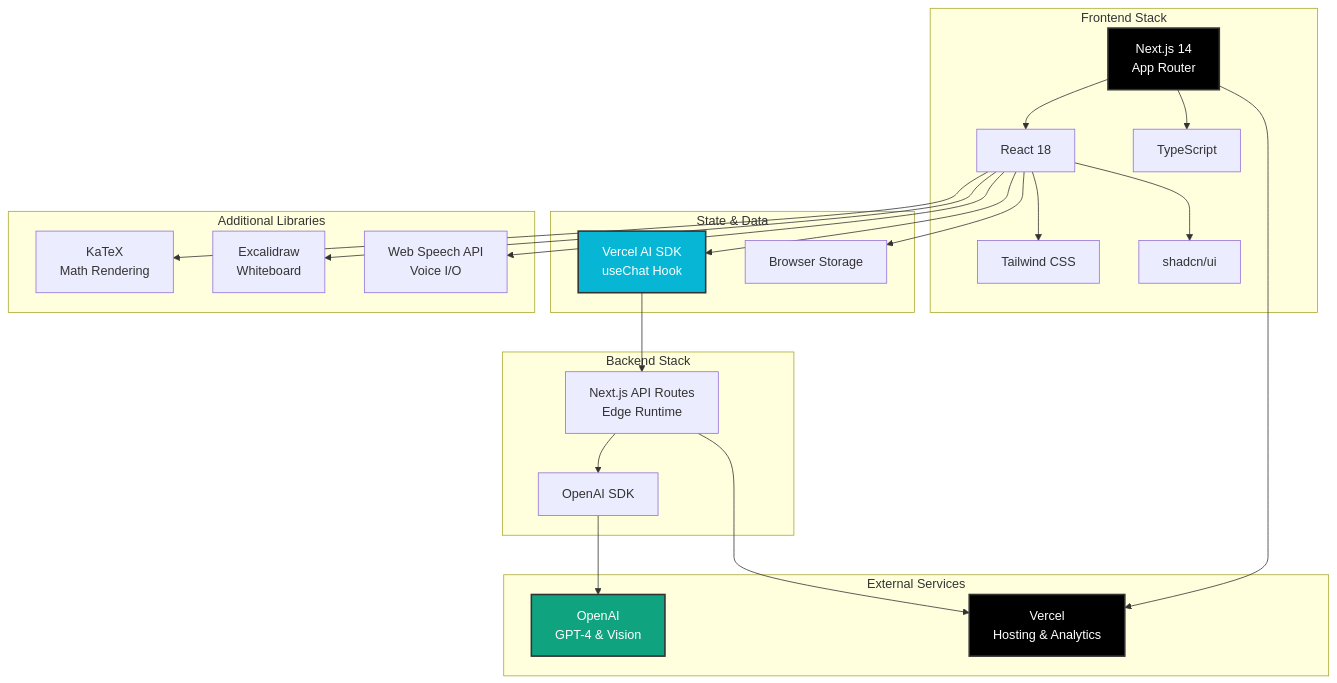
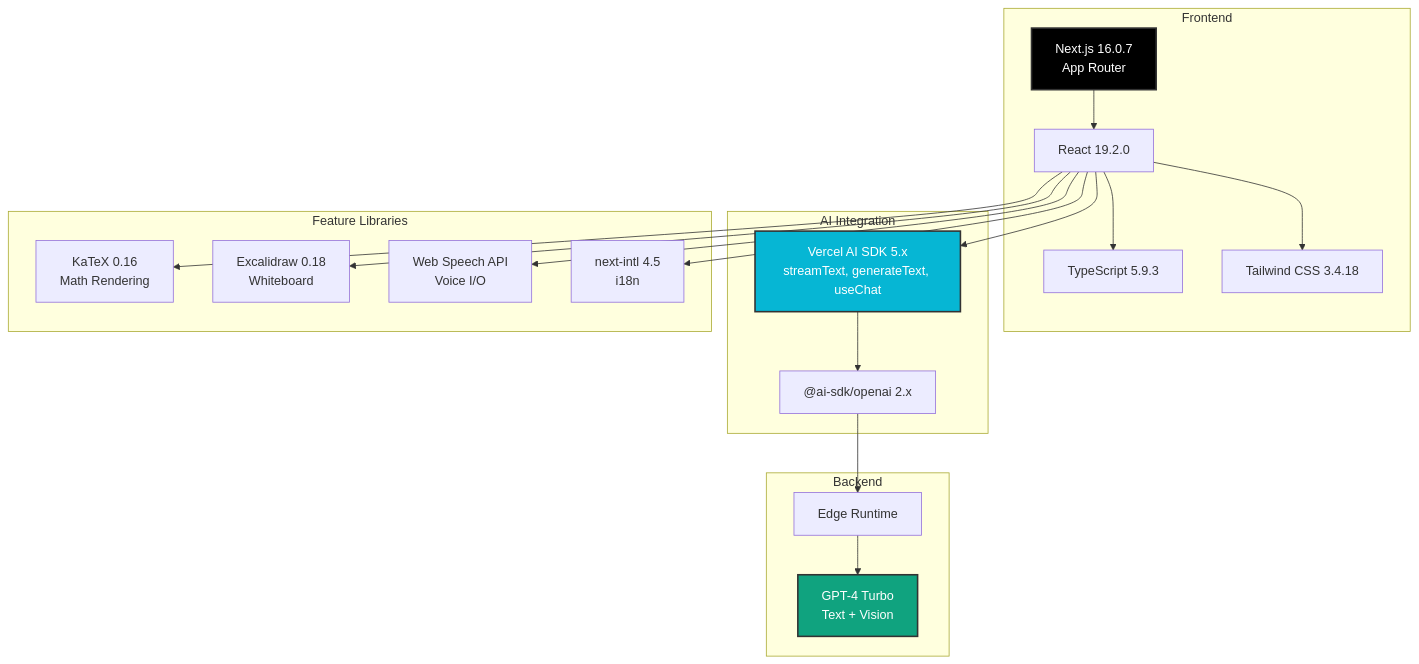
Diagram 15 of 15 in architecture.md (Rhoahndur/Gandalf), drawn with Mermaid before and after one commit. The commit also changed other lines of this file and 15 other files, not shown here.

````diff
--- a/architecture.md
+++ b/architecture.md
@@ -813,54 +665,42 @@
 ```mermaid
 graph TB
-    subgraph "Frontend Stack"
-        NextJS[Next.js 14<br/>App Router]
-        React[React 18]
-        TypeScript[TypeScript]
-        Tailwind[Tailwind CSS]
-        ShadcnUI[shadcn/ui]
+    subgraph "Frontend"
+        NextJS["Next.js 16.0.7<br/>App Router"]
+        React["React 19.2.0"]
+        TS["TypeScript 5.9.3"]
+        Tailwind["Tailwind CSS 3.4.18"]
     end
-    
-    subgraph "State & Data"
-        VercelAI[Vercel AI SDK<br/>useChat Hook]
-        LocalStorage[Browser Storage]
+
+    subgraph "AI Integration"
+        AISDK["Vercel AI SDK 5.x<br/>streamText, generateText, useChat"]
+        OpenAISDK["@ai-sdk/openai 2.x"]
     end
-    
-    subgraph "Backend Stack"
-        APIRoutes[Next.js API Routes<br/>Edge Runtime]
-        OpenAISDK[OpenAI SDK]
+
+    subgraph "Feature Libraries"
+        KaTeX["KaTeX 0.16<br/>Math Rendering"]
+        ExcalidrawLib["Excalidraw 0.18<br/>Whiteboard"]
+        WebSpeechLib["Web Speech API<br/>Voice I/O"]
+        NextIntlLib["next-intl 4.5<br/>i18n"]
     end
-    
-    subgraph "External Services"
-        OpenAIAPI[OpenAI<br/>GPT-4 & Vision]
-        VercelPlatform[Vercel<br/>Hosting & Analytics]
+
+    subgraph "Backend"
+        EdgeRT["Edge Runtime"]
+        GPT4T["GPT-4 Turbo<br/>Text + Vision"]
     end
-    
-    subgraph "Additional Libraries"
-        KaTeX[KaTeX<br/>Math Rendering]
-        Excalidraw[Excalidraw<br/>Whiteboard]
-        WebSpeech[Web Speech API<br/>Voice I/O]
-    end
-    
+
     NextJS --> React
-    NextJS --> TypeScript
+    React --> TS
     React --> Tailwind
-    React --> ShadcnUI
-    React --> VercelAI
-    React --> LocalStorage
-    
-    VercelAI --> APIRoutes
-    APIRoutes --> OpenAISDK
-    OpenAISDK --> OpenAIAPI
-    
-    NextJS --> VercelPlatform
-    APIRoutes --> VercelPlatform
-    
+    React --> AISDK
+    AISDK --> OpenAISDK
+    OpenAISDK --> EdgeRT
+    EdgeRT --> GPT4T
     React --> KaTeX
-    React --> Excalidraw
-    React --> WebSpeech
-    
+    React --> ExcalidrawLib
+    React --> WebSpeechLib
+    React --> NextIntlLib
+
     style NextJS fill:#000,stroke:#333,stroke-width:2px,color:#fff
-    style VercelAI fill:#06b6d4,stroke:#333,stroke-width:2px,color:#fff
-    style OpenAIAPI fill:#10a37f,stroke:#333,stroke-width:2px,color:#fff
-    style VercelPlatform fill:#000,stroke:#333,stroke-width:2px,color:#fff
+    style AISDK fill:#06b6d4,stroke:#333,stroke-width:2px,color:#fff
+    style GPT4T fill:#10a37f,stroke:#333,stroke-width:2px,color:#fff
 ```
````
